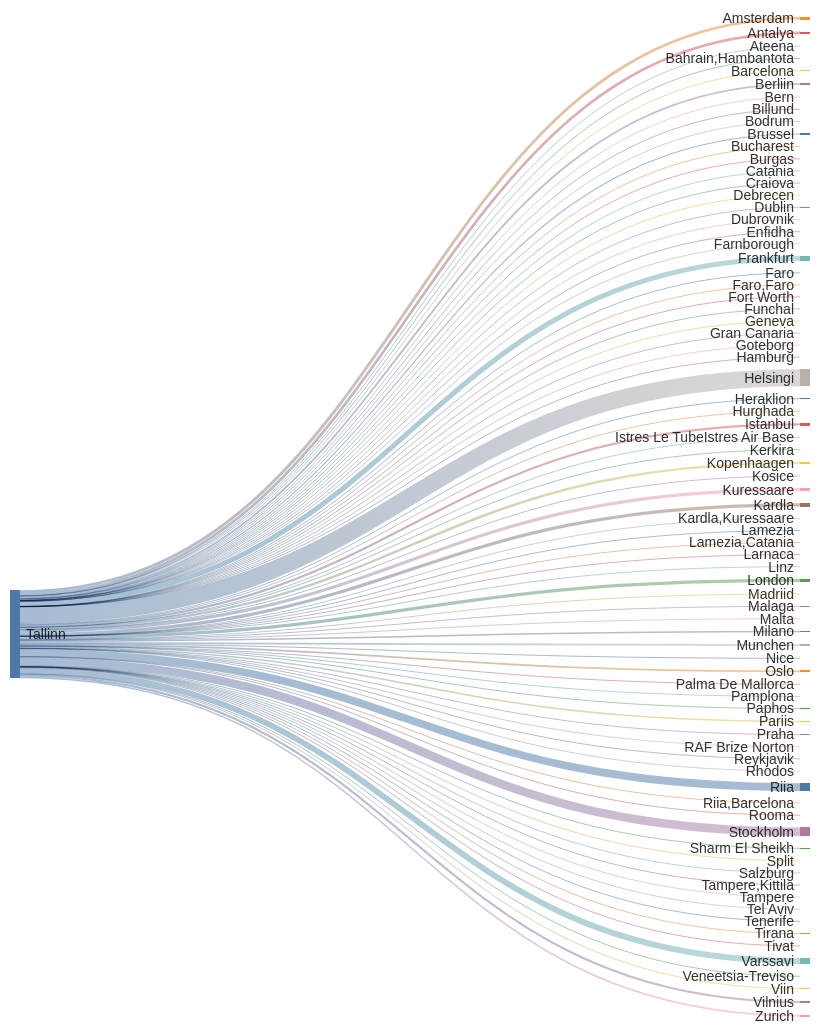
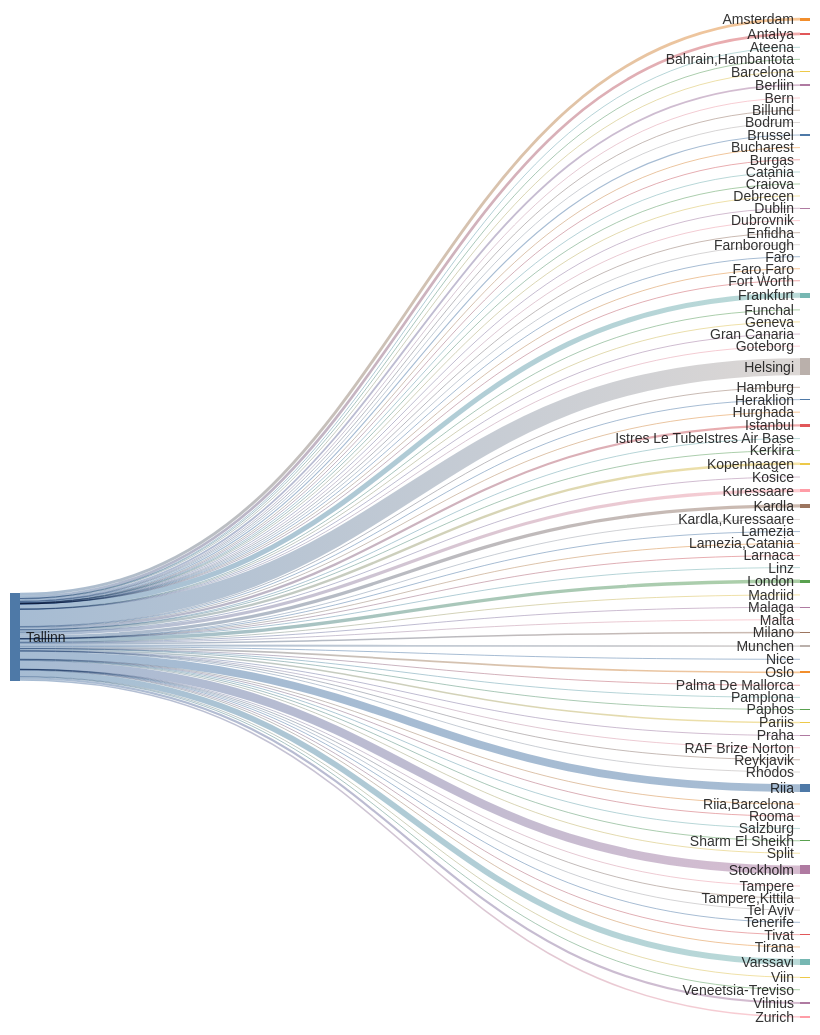
Before and after one commit to rainermesi/tll-airport-departures: the second of 2 diagrams in README.md, drawn with Mermaid. The commit also changed other lines of this file and 1 other file, not shown here.

````diff
--- a/README.md
+++ b/README.md
@@ -41,8 +41,8 @@
 ---
 sankey-beta
 %% source,target,value
-Tallinn,Amsterdam,559
-Tallinn,Antalya,518
+Tallinn,Amsterdam,561
+Tallinn,Antalya,521
 Tallinn,Ateena,16
 Tallinn,"Bahrain,Hambantota",1
 Tallinn,Barcelona,157
@@ -50,48 +50,48 @@
 Tallinn,Bern,1
 Tallinn,Billund,87
 Tallinn,Bodrum,13
-Tallinn,Brussel,215
+Tallinn,Brussel,216
 Tallinn,Bucharest,1
 Tallinn,Burgas,67
 Tallinn,Catania,2
 Tallinn,Craiova,1
 Tallinn,Debrecen,1
-Tallinn,Dublin,105
+Tallinn,Dublin,106
 Tallinn,Dubrovnik,21
 Tallinn,Enfidha,14
 Tallinn,Farnborough,1
 Tallinn,Faro,4
 Tallinn,"Faro,Faro",1
 Tallinn,Fort Worth,1
-Tallinn,Frankfurt,985
+Tallinn,Frankfurt,987
 Tallinn,Funchal,7
 Tallinn,Geneva,13
 Tallinn,Gran Canaria,38
 Tallinn,Goteborg,2
 Tallinn,Hamburg,2
-Tallinn,Helsingi,3305
-Tallinn,Heraklion,126
+Tallinn,Helsingi,3312
+Tallinn,Heraklion,127
 Tallinn,Hurghada,76
-Tallinn,Istanbul,429
+Tallinn,Istanbul,430
 Tallinn,Istres Le TubeIstres Air Base,2
 Tallinn,Kerkira,4
-Tallinn,Kopenhaagen,464
+Tallinn,Kopenhaagen,466
 Tallinn,Kosice,1
-Tallinn,Kuressaare,626
-Tallinn,Kardla,628
+Tallinn,Kuressaare,628
+Tallinn,Kardla,630
 Tallinn,"Kardla,Kuressaare",1
-Tallinn,Lamezia,3
+Tallinn,Lamezia,4
 Tallinn,"Lamezia,Catania",3
 Tallinn,Larnaca,6
 Tallinn,Linz,2
-Tallinn,London,638
+Tallinn,London,641
 Tallinn,Madriid,4
-Tallinn,Malaga,135
+Tallinn,Malaga,136
 Tallinn,Malta,34
 Tallinn,Milano,283
-Tallinn,Munchen,350
+Tallinn,Munchen,351
 Tallinn,Nice,63
-Tallinn,Oslo,332
+Tallinn,Oslo,333
 Tallinn,Palma De Mallorca,38
 Tallinn,Pamplona,1
 Tallinn,Paphos,66
@@ -100,24 +100,24 @@
 Tallinn,RAF Brize Norton,1
 Tallinn,Reykjavik,20
 Tallinn,Rhodos,70
-Tallinn,Riia,1498
+Tallinn,Riia,1503
 Tallinn,"Riia,Barcelona",1
 Tallinn,Rooma,80
 Tallinn,Salzburg,14
-Tallinn,Sharm El Sheikh,113
+Tallinn,Sharm El Sheikh,114
 Tallinn,Split,63
-Tallinn,Stockholm,1651
+Tallinn,Stockholm,1656
 Tallinn,Tampere,17
 Tallinn,"Tampere,Kittila",21
 Tallinn,Tel Aviv,2
 Tallinn,Tenerife,58
 Tallinn,Tirana,42
 Tallinn,Tivat,78
-Tallinn,Varssavi,1144
+Tallinn,Varssavi,1147
 Tallinn,Veneetsia-Treviso,67
 Tallinn,Viin,106
-Tallinn,Vilnius,418
-Tallinn,Zurich,296
+Tallinn,Vilnius,420
+Tallinn,Zurich,297
 
 
 ```
````
